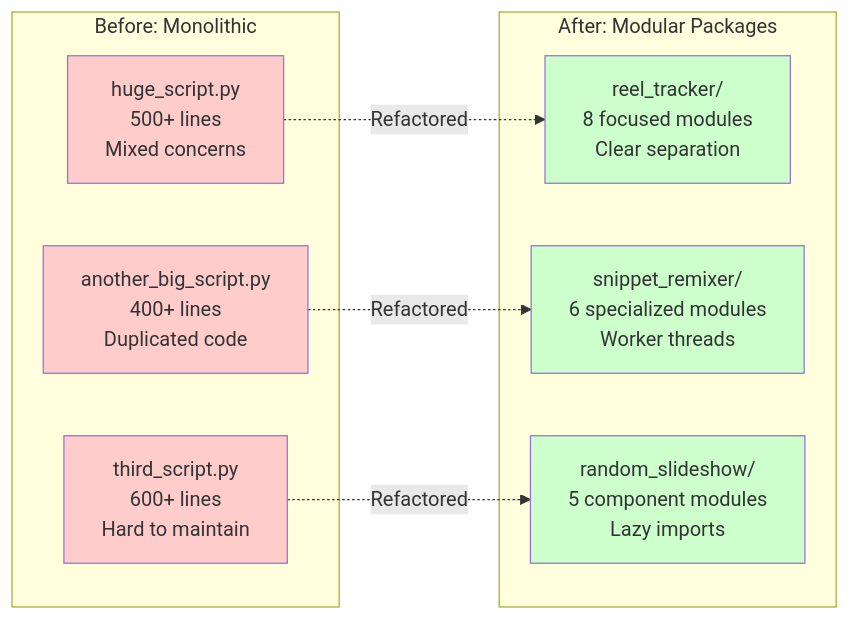
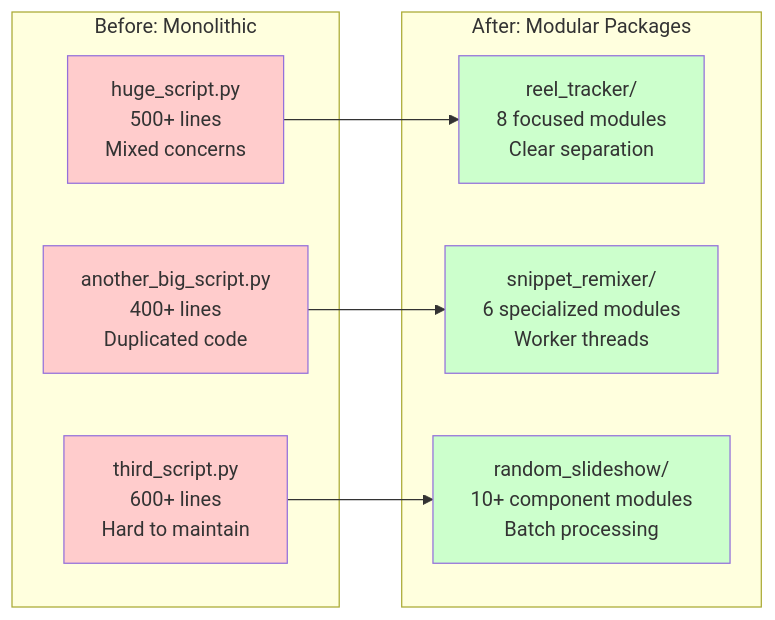
Before and after one commit to blakedemarest/BEDROT-Media-Suite: the fifth of 17 diagrams in docs/ARCHITECTURE_DOCUMENTATION.md, drawn with Mermaid. The commit also changed other lines of this file and 17 other files, not shown here.

````diff
--- a/docs/ARCHITECTURE_DOCUMENTATION.md
+++ b/docs/ARCHITECTURE_DOCUMENTATION.md
@@ -170,25 +475,25 @@
 ```mermaid
-graph LR
+flowchart LR
     subgraph "Before: Monolithic"
         M1[huge_script.py<br/>500+ lines<br/>Mixed concerns]
         M2[another_big_script.py<br/>400+ lines<br/>Duplicated code]
         M3[third_script.py<br/>600+ lines<br/>Hard to maintain]
     end
     
     subgraph "After: Modular Packages"
         P1[reel_tracker/<br/>8 focused modules<br/>Clear separation]
         P2[snippet_remixer/<br/>6 specialized modules<br/>Worker threads]
-        P3[random_slideshow/<br/>5 component modules<br/>Lazy imports]
+        P3[random_slideshow/<br/>10+ component modules<br/>Batch processing]
     end
     
-    M1 -.->|Refactored| P1
-    M2 -.->|Refactored| P2
-    M3 -.->|Refactored| P3
+    M1 --> P1
+    M2 --> P2
+    M3 --> P3
     
     style M1 fill:#ffcccc
     style M2 fill:#ffcccc
     style M3 fill:#ffcccc
     style P1 fill:#ccffcc
     style P2 fill:#ccffcc
     style P3 fill:#ccffcc
 ```
````
